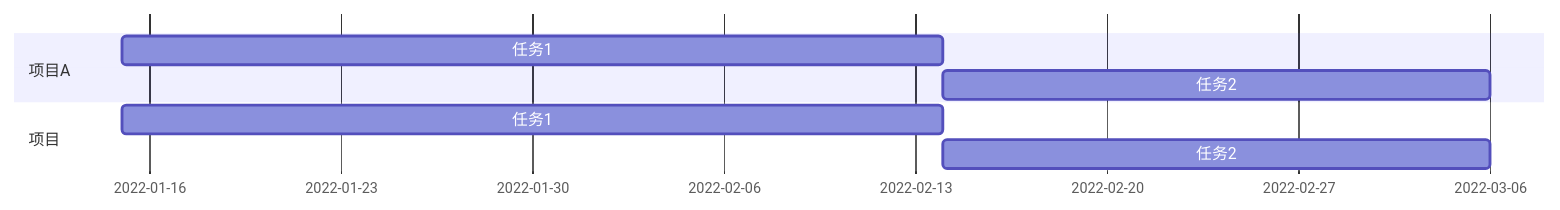
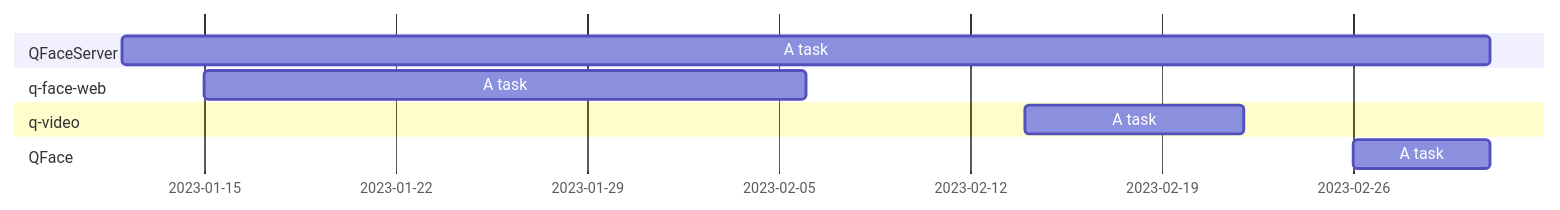
Before and after one commit to Face-recognition-punching-system/.github: the third of 3 diagrams in profile/README.md, drawn with Mermaid. The commit also changed other lines of this file and 1 other file, not shown here.

````diff
--- a/profile/README.md
+++ b/profile/README.md
@@ -76,12 +76,16 @@
 ```mermaid
 gantt
 dateFormat YYYY-MM-DD
 
-section 项目A
-任务1 :a1, 2022-1-15, 30d
-任务2 :after a1 , 20d
+section QFaceServer
+A task           :a1, 2023-01-12, 50d
 
-section 项目
-任务1 :a1, 2022-1-15, 30d
-任务2 :after a1 , 20d
+section q-face-web
+A task           :a1, 2023-01-15, 22d
+
+section q-video
+A task           :a1, 2023-02-14, 8d
+
+section QFace
+A task           :a1, 2023-02-26, 5d
 ```
````
